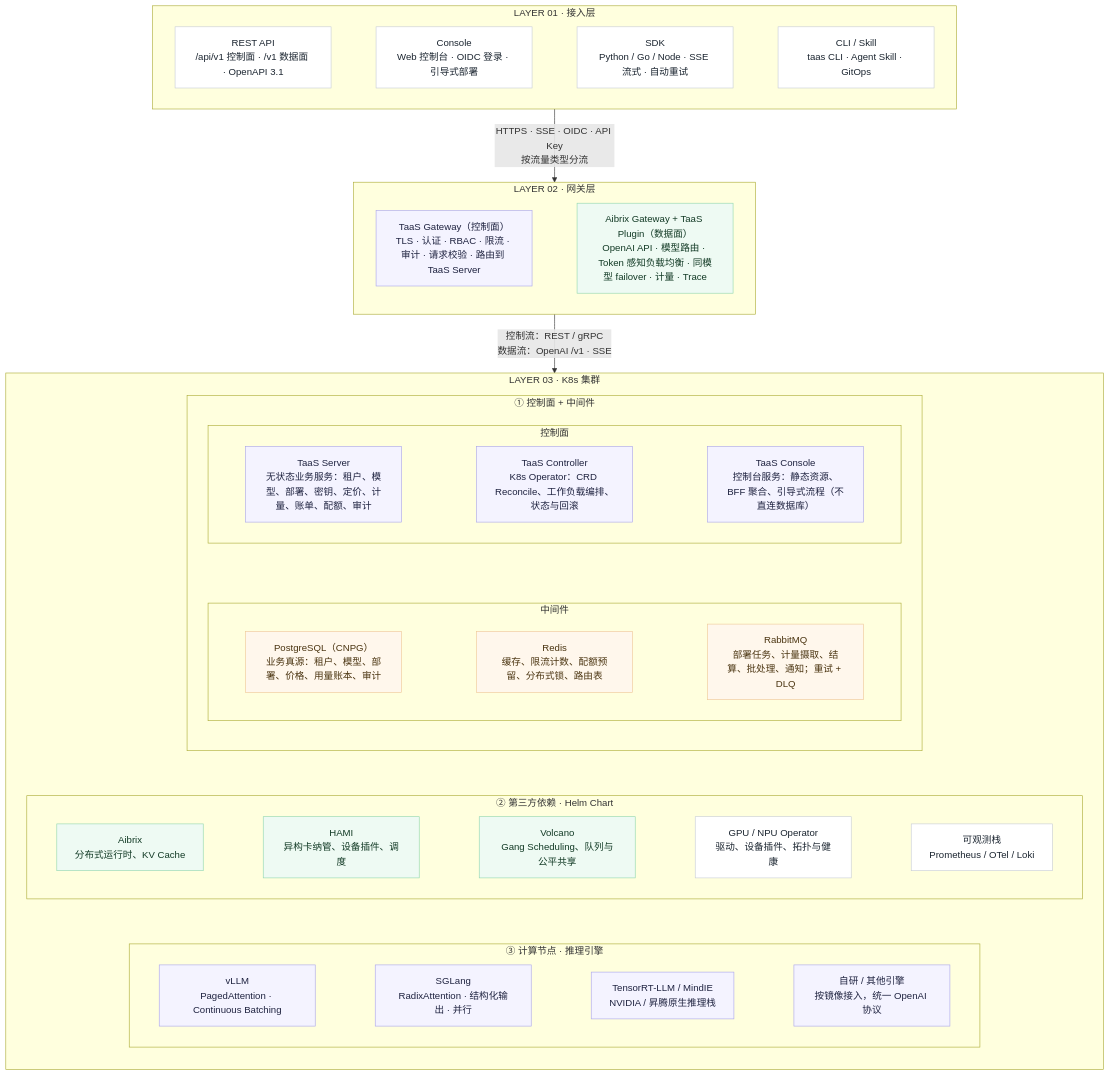
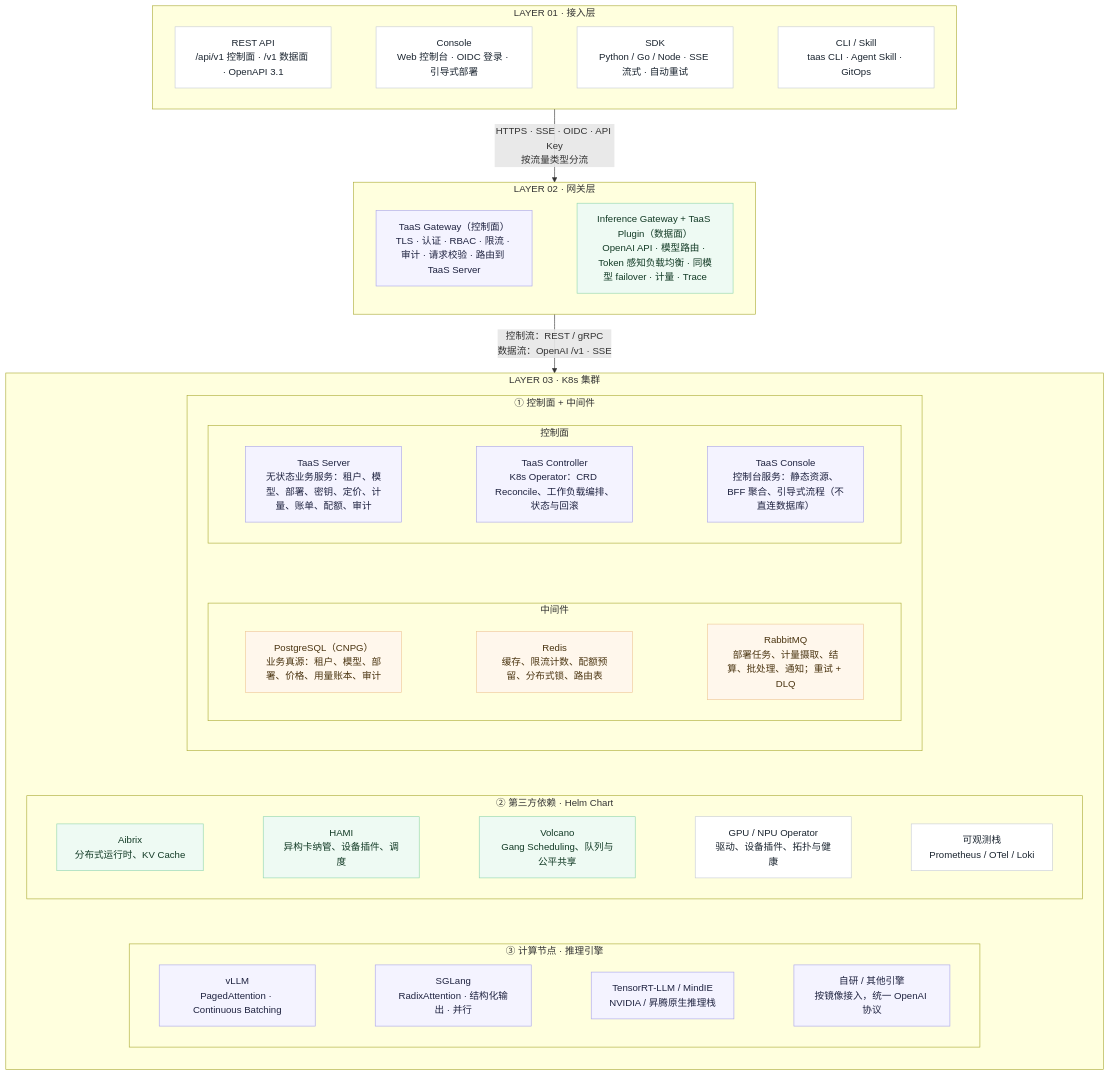
One commit to go-taas/go-taas changed the first of 6 diagrams in site/docs/design/architecture.zh-cn.md. Above: the diagram before and after it, drawn with Mermaid. The commit also changed other lines of this file and 24 other files, not shown here.

````diff
--- a/site/docs/design/architecture.zh-cn.md
+++ b/site/docs/design/architecture.zh-cn.md
@@ -14,66 +15,66 @@
 ```mermaid
 flowchart TB
 subgraph L1["LAYER 01 · 接入层"]
     direction LR
     A1["REST API<br/>/api/v1 控制面 · /v1 数据面 · OpenAPI 3.1"]:::cell
     A2["Console<br/>Web 控制台 · OIDC 登录 · 引导式部署"]:::cell
     A3["SDK<br/>Python / Go / Node · SSE 流式 · 自动重试"]:::cell
     A4["CLI / Skill<br/>taas CLI · Agent Skill · GitOps"]:::cell
     A1 ~~~ A2 ~~~ A3 ~~~ A4
 end
 
 subgraph L2["LAYER 02 · 网关层"]
     direction LR
     G1["TaaS Gateway（控制面）<br/>TLS · 认证 · RBAC · 限流 · 审计 · 请求校验 · 路由到 TaaS Server"]:::cp
-    G2["Aibrix Gateway + TaaS Plugin（数据面）<br/>OpenAI API · 模型路由 · Token 感知负载均衡 · 同模型 failover · 计量 · Trace"]:::dp
+    G2["Inference Gateway + TaaS Plugin（数据面）<br/>OpenAI API · 模型路由 · Token 感知负载均衡 · 同模型 failover · 计量 · Trace"]:::dp
     G1 ~~~ G2
 end
 
 subgraph L3["LAYER 03 · K8s 集群"]
     direction TB
     subgraph L3A["① 控制面 + 中间件"]
         direction TB
         subgraph L3A1["控制面"]
             direction LR
             S1["TaaS Server<br/>无状态业务服务：租户、模型、部署、密钥、定价、计量、账单、配额、审计"]:::cp
             S2["TaaS Controller<br/>K8s Operator：CRD Reconcile、工作负载编排、状态与回滚"]:::cp
             S3["TaaS Console<br/>控制台服务：静态资源、BFF 聚合、引导式流程（不直连数据库）"]:::cp
             S1 ~~~ S2 ~~~ S3
         end
         subgraph L3A2["中间件"]
             direction LR
             M1["PostgreSQL（CNPG）<br/>业务真源：租户、模型、部署、价格、用量账本、审计"]:::mw
             M2["Redis<br/>缓存、限流计数、配额预留、分布式锁、路由表"]:::mw
             M3["RabbitMQ<br/>部署任务、计量摄取、结算、批处理、通知；重试 + DLQ"]:::mw
             M1 ~~~ M2 ~~~ M3
         end
         L3A1 ~~~ L3A2
     end
     subgraph L3B["② 第三方依赖 · Helm Chart"]
         direction LR
         B1["Aibrix<br/>分布式运行时、KV Cache"]:::dp
         B2["HAMI<br/>异构卡纳管、设备插件、调度"]:::dp
         B3["Volcano<br/>Gang Scheduling、队列与公平共享"]:::dp
         B4["GPU / NPU Operator<br/>驱动、设备插件、拓扑与健康"]:::cell
         B5["可观测栈<br/>Prometheus / OTel / Loki"]:::cell
         B1 ~~~ B2 ~~~ B3 ~~~ B4 ~~~ B5
     end
     subgraph L3C["③ 计算节点 · 推理引擎"]
         direction LR
         C1["vLLM<br/>PagedAttention · Continuous Batching"]:::cp
         C2["SGLang<br/>RadixAttention · 结构化输出 · 并行"]:::cp
         C3["TensorRT-LLM / MindIE<br/>NVIDIA / 昇腾原生推理栈"]:::cp
         C4["自研 / 其他引擎<br/>按镜像接入，统一 OpenAI 协议"]:::cp
         C1 ~~~ C2 ~~~ C3 ~~~ C4
     end
     L3A ~~~ L3B ~~~ L3C
 end
 
 L1 -->|"HTTPS · SSE · OIDC · API Key<br/>按流量类型分流"| L2
 L2 -->|"控制流：REST / gRPC<br/>数据流：OpenAI /v1 · SSE"| L3
 
 classDef cell fill:#ffffff,stroke:#c7ccd6,color:#1b2530
 classDef cp fill:#f4f3ff,stroke:#a9a4ea,color:#1f2340
 classDef dp fill:#eefaf3,stroke:#8fd6ae,color:#123a25
 classDef mw fill:#fff7ec,stroke:#eec796,color:#4a3410
 ```
````
